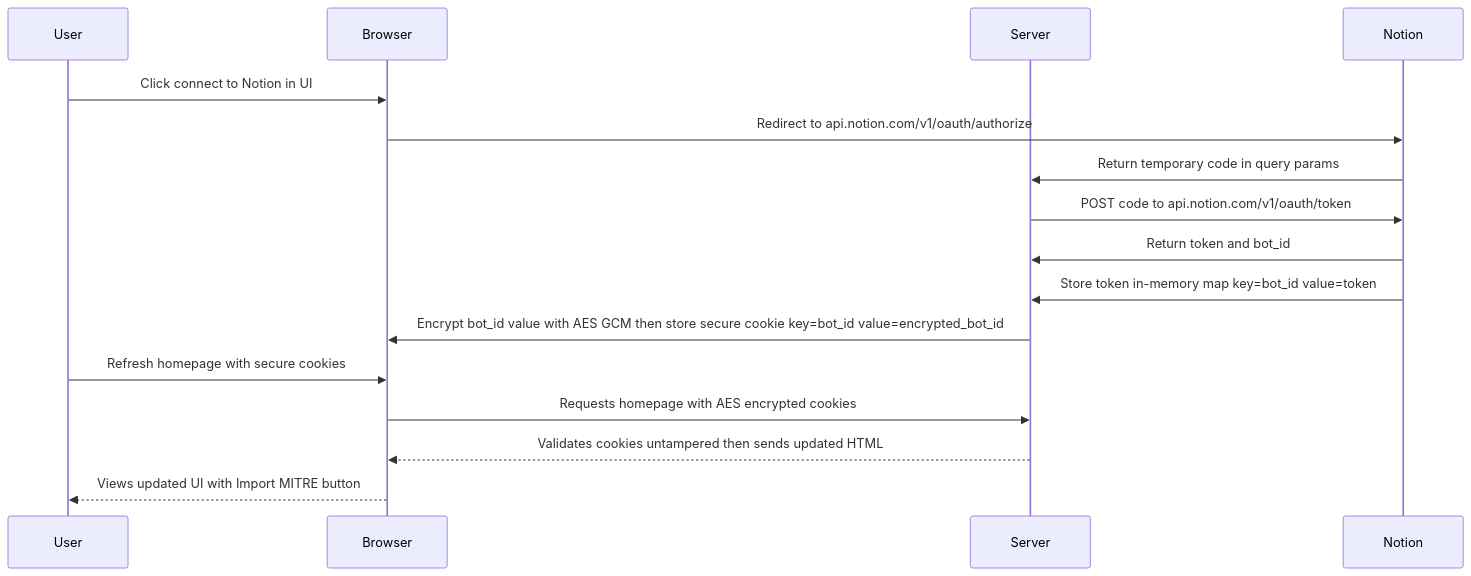
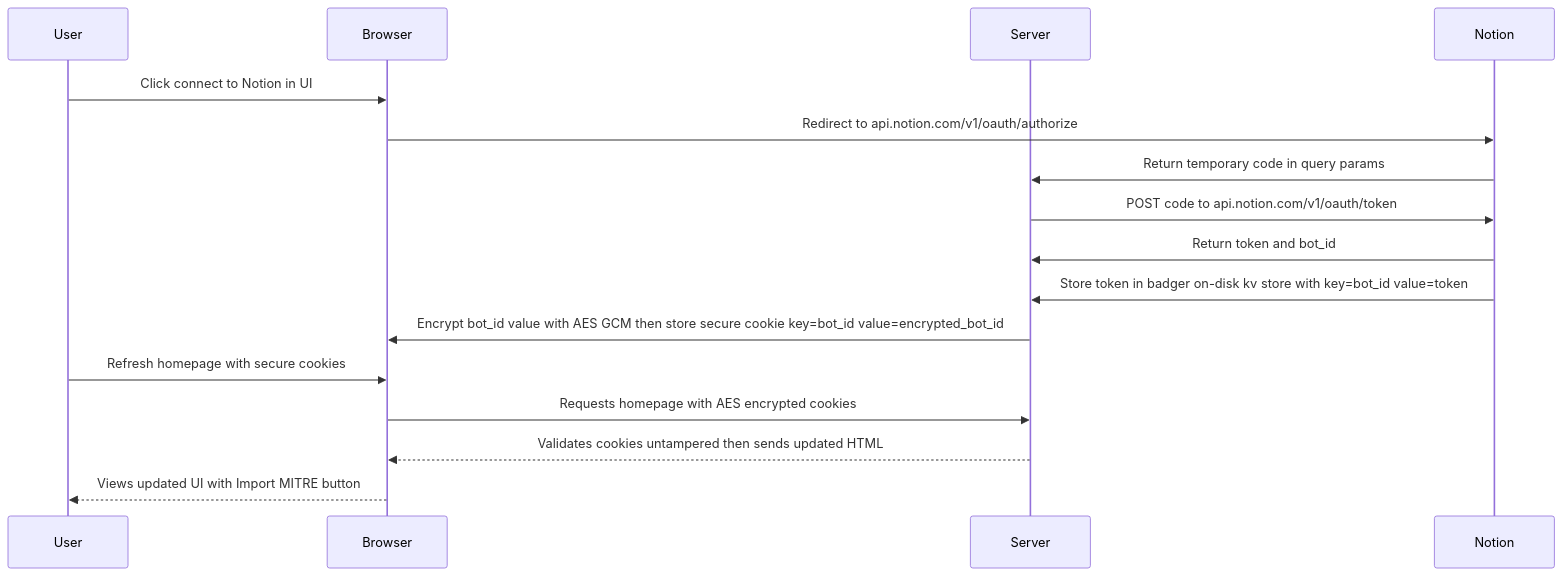
The diagram in docs/ARCHITECTURE.md (brittonhayes/notion-stix), drawn with Mermaid before and after one commit. The commit also changed 1 other file, not shown here.

Commit message:
chore: update documentation and main.go with updated state of kv store

````diff
--- a/docs/ARCHITECTURE.md
+++ b/docs/ARCHITECTURE.md
@@ -7,19 +7,18 @@
 ```mermaid
 sequenceDiagram
     participant User
     participant Browser
     participant Server
     participant Notion
     User->>Browser: Click connect to Notion in UI
     Browser->>Notion: Redirect to api.notion.com/v1/oauth/authorize
     Notion->>Server: Return temporary code in query params
     Server->>Notion: POST code to api.notion.com/v1/oauth/token
     Notion->>Server: Return token and bot_id
-    %% <!-- TODO replace in-memory map with key value store -->
-    Notion->>Server: Store token in-memory map key=bot_id value=token
+    Notion->>Server: Store token in badger on-disk kv store with key=bot_id value=token
     Server->>Browser: Encrypt bot_id value with AES GCM then store secure cookie key=bot_id value=encrypted_bot_id
     User->>Browser: Refresh homepage with secure cookies
     Browser->>Server: Requests homepage with AES encrypted cookies
     Server-->>Browser: Validates cookies untampered then sends updated HTML
     Browser-->>User: Views updated UI with Import MITRE button
 ```
````
